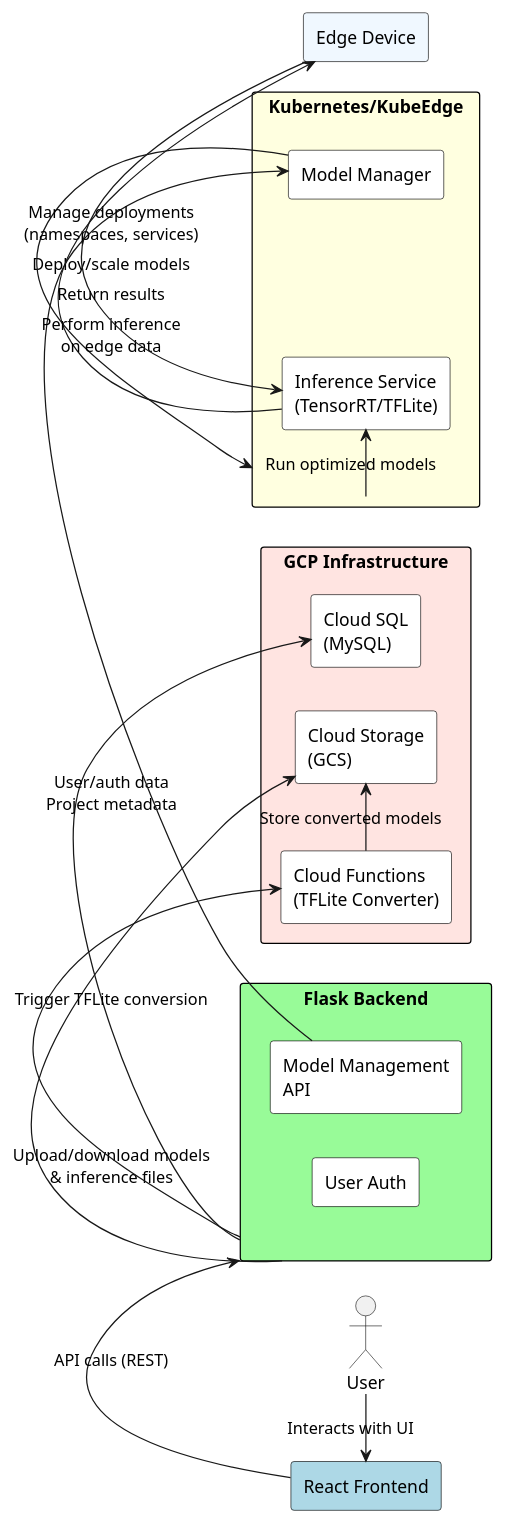
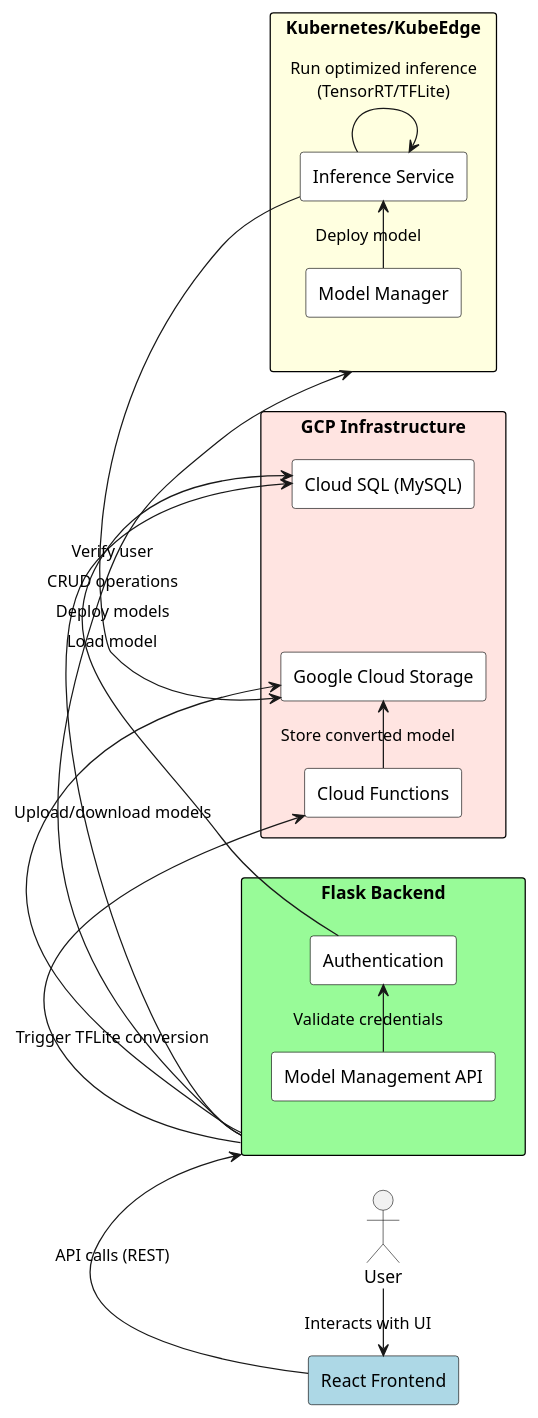
Before and after one commit to sa4s-serc/ViewGeneration: the diagram in experiemts/promptTechniques/1shot/Deepseek_V2.5/Code/oneShot_deepseek_plantumlcode/itselavia_edge-computing-platform-for-deep-learning-apps.puml, drawn with PlantUML. The commit also changed 293 other files, not shown here.

```diff
--- a/experiemts/promptTechniques/1shot/Deepseek_V2.5/Code/oneShot_deepseek_plantumlcode/itselavia_edge-computing-platform-for-deep-learning-apps.puml
+++ b/experiemts/promptTechniques/1shot/Deepseek_V2.5/Code/oneShot_deepseek_plantumlcode/itselavia_edge-computing-platform-for-deep-learning-apps.puml
@@ -1,45 +1,45 @@
 @startuml elavia_edge-computing-platform-for-deep-learning-apps
 skinparam rectangle {
   BackgroundColor #ffffff
   BorderColor black
   Style roundrect
 }
 left to right direction
 
 actor User
 
 rectangle "React Frontend" as Frontend #lightblue
 
 rectangle "Flask Backend" as Backend #palegreen {
-  rectangle "Model Management\nAPI" as ModelAPI
-  rectangle "User Auth" as Auth
+  rectangle "Model Management API" as API
+  rectangle "Authentication" as Auth
 }
 
 rectangle "GCP Infrastructure" as GCP #mistyrose {
-  rectangle "Cloud SQL\n(MySQL)" as DB
-  rectangle "Cloud Storage\n(GCS)" as Storage
-  rectangle "Cloud Functions\n(TFLite Converter)" as Functions
+  rectangle "Cloud SQL (MySQL)" as DB
+  rectangle "Google Cloud Storage" as GCS
+  rectangle "Cloud Functions" as CF
 }
 
 rectangle "Kubernetes/KubeEdge" as K8s #lightyellow {
   rectangle "Model Manager" as ModelManager
-  rectangle "Inference Service\n(TensorRT/TFLite)" as Inference
+  rectangle "Inference Service" as Inference
 }
-
-rectangle "Edge Device" as Edge #aliceblue
 
 ' ========== Connections ==========
 User -> Frontend : Interacts with UI
 Frontend -> Backend : API calls (REST)
-Backend -> DB : User/auth data\nProject metadata
-Backend -> Storage : Upload/download models\n& inference files
-Backend -> Functions : Trigger TFLite conversion
+Backend -> DB : CRUD operations
+Backend -> GCS : Upload/download models
+Backend -> CF : Trigger TFLite conversion
+Backend -> K8s : Deploy models
 
-ModelAPI -> ModelManager : Deploy/scale models
-ModelManager -> K8s : Manage deployments\n(namespaces, services)
-K8s -> Inference : Run optimized models
-Inference -> Edge : Perform inference\non edge data
-Edge -> Inference : Return results
+API -> Auth : Validate credentials
+Auth -> DB : Verify user
 
-Functions -> Storage : Store converted models
+ModelManager -> Inference : Deploy model
+Inference -> GCS : Load model
+Inference -> Inference : Run optimized inference\n(TensorRT/TFLite)
+
+CF -> GCS : Store converted model
 @enduml
```
